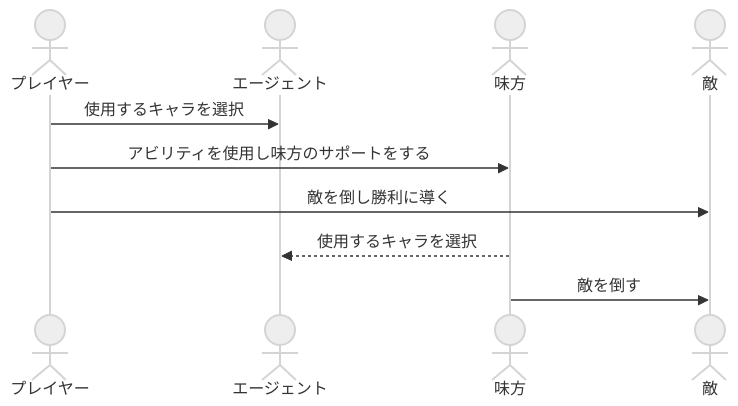
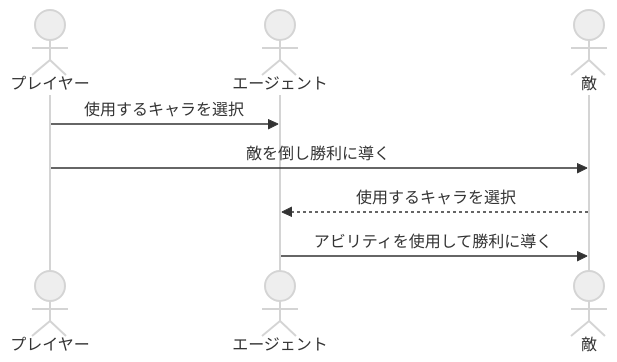
Before and after one commit to tpu-game-2022/mermaid_test: the second of 3 diagrams in README.md, drawn with Mermaid (neutral theme).

Commit message:
シーケンス図を変更した

````diff
--- a/README.md
+++ b/README.md
@@ -49,12 +49,10 @@
 ```mermaid
 sequenceDiagram
   actor プレイヤー
   actor エージェント
-  actor 味方
   actor 敵
   プレイヤー->>エージェント:使用するキャラを選択
-  プレイヤー->>味方:アビリティを使用し味方のサポートをする
   プレイヤー->>敵:敵を倒し勝利に導く
-  味方-->>エージェント:使用するキャラを選択
-  味方->>敵:敵を倒す
+  敵-->>エージェント:使用するキャラを選択
+  エージェント->>敵:アビリティを使用して勝利に導く
 ```
````
